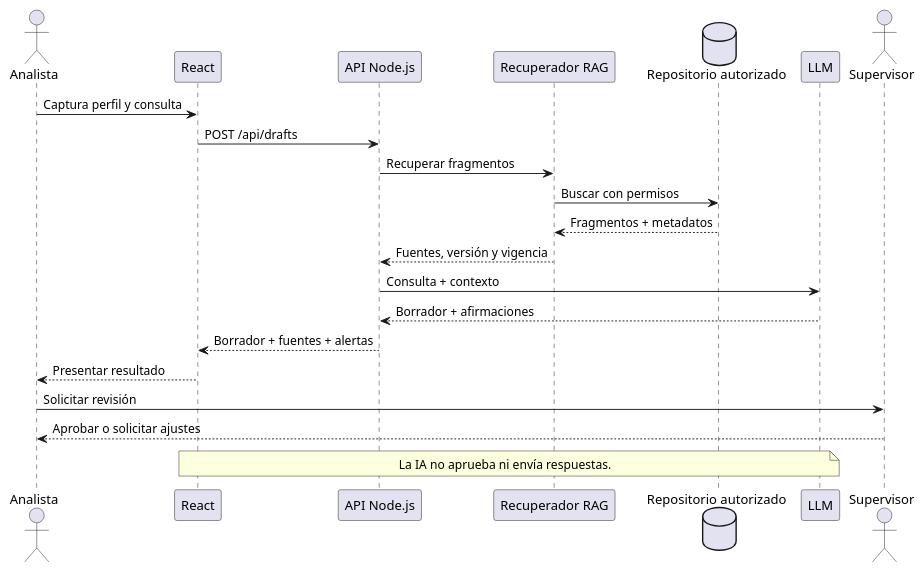
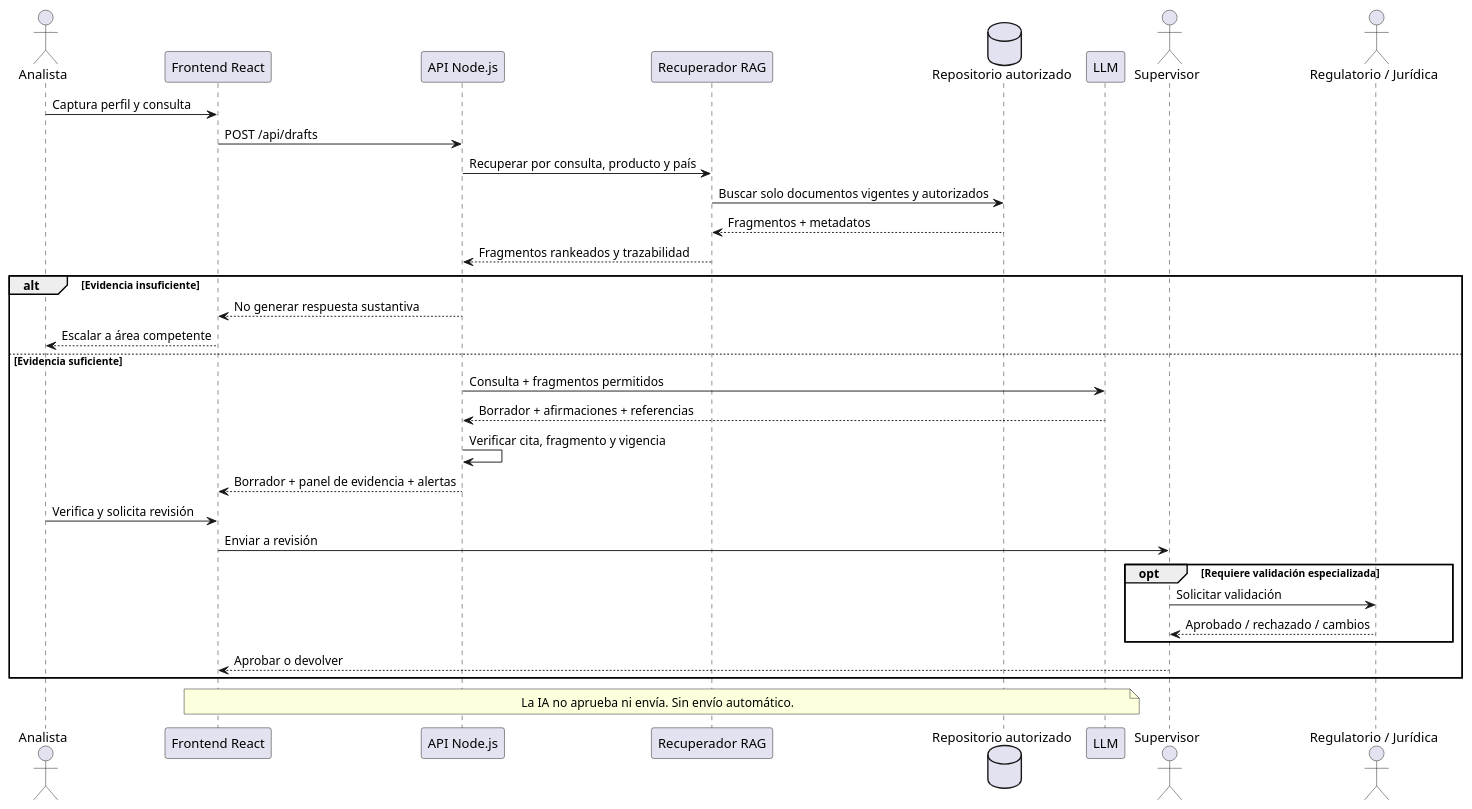
One commit to jmlpspec/FarmaNova-Hito1-A08 changed the first of 3 diagrams in docs/03-diagramas.md. Above: the diagram before and after it, drawn with PlantUML. The commit also changed other lines of this file and 2 other files, not shown here.

````diff
--- a/docs/03-diagramas.md
+++ b/docs/03-diagramas.md
@@ -4,24 +4,36 @@
 ```plantuml
 @startuml
 actor Analista
-participant React
+participant "Frontend React" as FE
 participant "API Node.js" as API
 participant "Recuperador RAG" as RAG
 database "Repositorio autorizado" as DOC
 participant LLM
 actor Supervisor
-Analista -> React: Captura perfil y consulta
-React -> API: POST /api/drafts
-API -> RAG: Recuperar fragmentos
-RAG -> DOC: Buscar con permisos
+actor "Regulatorio / Jurídica" as REG
+
+Analista -> FE: Captura perfil y consulta
+FE -> API: POST /api/drafts
+API -> RAG: Recuperar por consulta, producto y país
+RAG -> DOC: Buscar solo documentos vigentes y autorizados
 DOC --> RAG: Fragmentos + metadatos
-RAG --> API: Fuentes, versión y vigencia
-API -> LLM: Consulta + contexto
-LLM --> API: Borrador + afirmaciones
-API --> React: Borrador + fuentes + alertas
-React --> Analista: Presentar resultado
-Analista -> Supervisor: Solicitar revisión
-Supervisor --> Analista: Aprobar o solicitar ajustes
-note over React,LLM: La IA no aprueba ni envía respuestas.
+RAG --> API: Fragmentos rankeados y trazabilidad
+alt Evidencia insuficiente
+  API --> FE: No generar respuesta sustantiva
+  FE --> Analista: Escalar a área competente
+else Evidencia suficiente
+  API -> LLM: Consulta + fragmentos permitidos
+  LLM --> API: Borrador + afirmaciones + referencias
+  API -> API: Verificar cita, fragmento y vigencia
+  API --> FE: Borrador + panel de evidencia + alertas
+  Analista -> FE: Verifica y solicita revisión
+  FE -> Supervisor: Enviar a revisión
+  opt Requiere validación especializada
+    Supervisor -> REG: Solicitar validación
+    REG --> Supervisor: Aprobado / rechazado / cambios
+  end
+  Supervisor --> FE: Aprobar o devolver
+end
+note over FE,LLM: La IA no aprueba ni envía. Sin envío automático.
 @enduml
 ```
````
